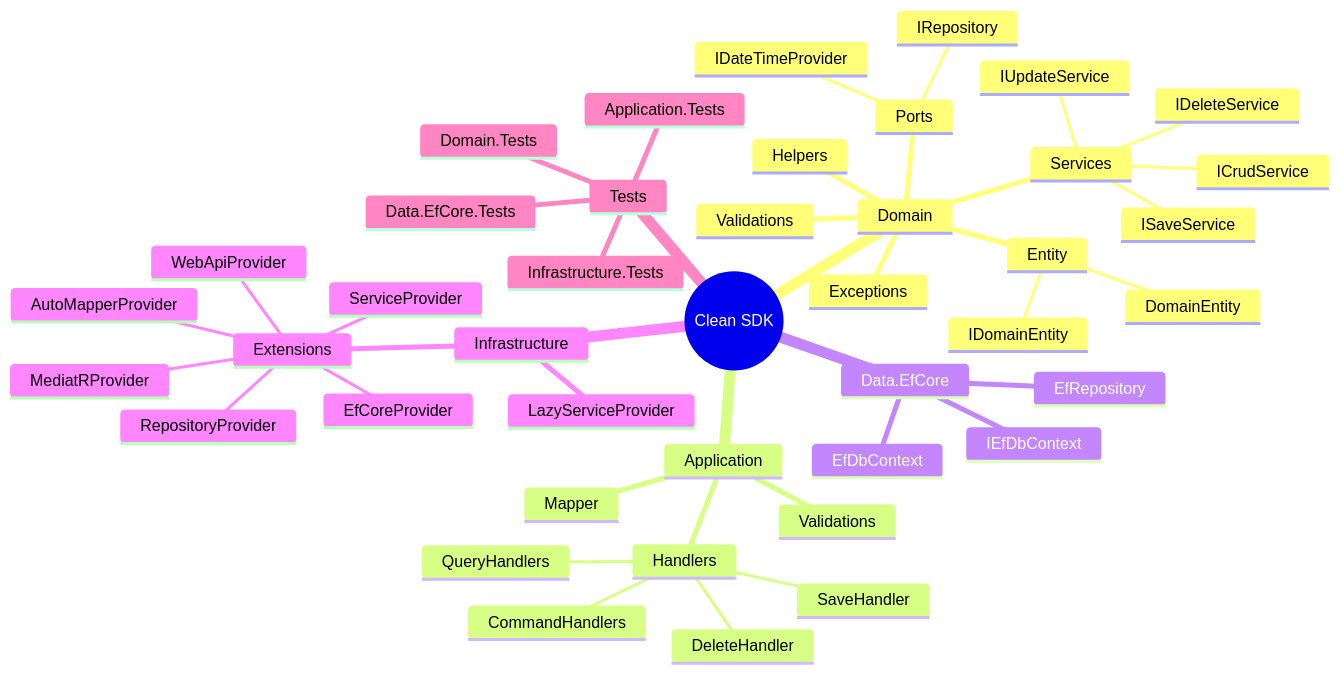
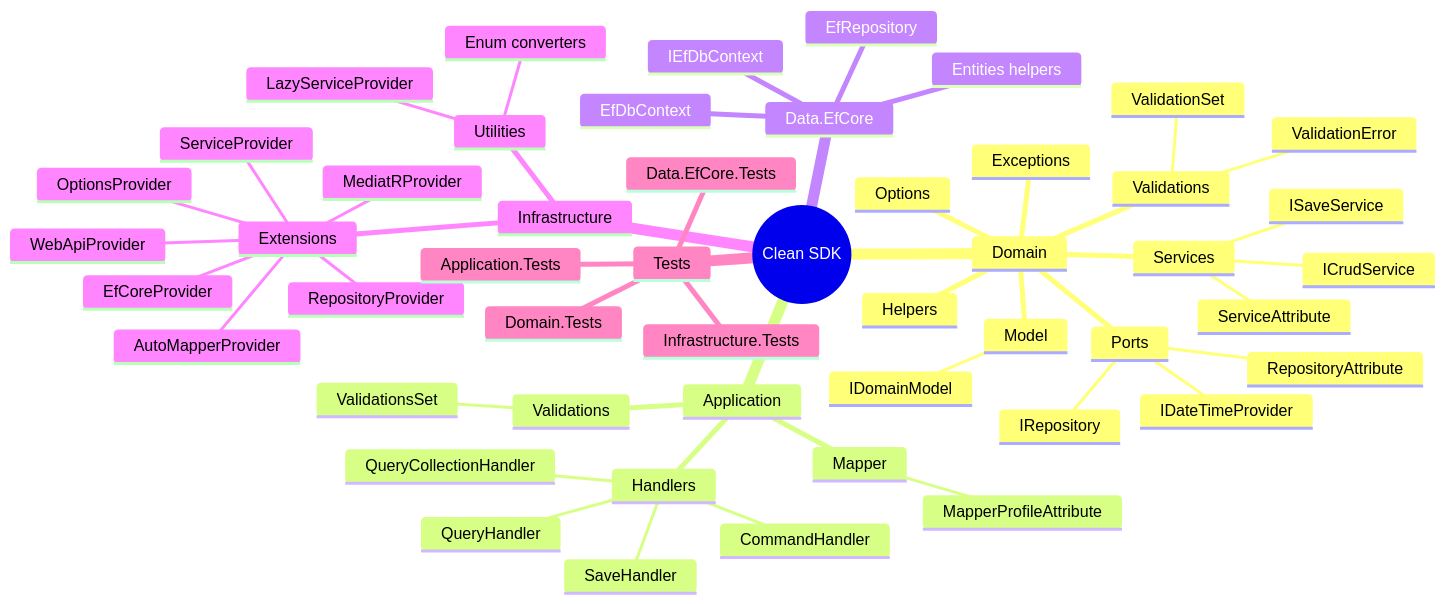
One commit to GbsoDev/Clean.Sdk changed the second of 3 diagrams in architecture/index.md. Above: the diagram before and after it, drawn with Mermaid. The commit also changed other lines of this file and 12 other files, not shown here.

Commit message:
refactor: separate domain entities from models and update architecture docs

````diff
--- a/architecture/index.md
+++ b/architecture/index.md
@@ -188,45 +159,53 @@
 ```mermaid
 mindmap
   root((Clean SDK))
     Domain
-      Entity
-        DomainEntity
-        IDomainEntity
+      Model
+        IDomainModel
       Ports
         IRepository
         IDateTimeProvider
+        RepositoryAttribute
       Services
         ISaveService
-        IDeleteService
-        IUpdateService
         ICrudService
+        ServiceAttribute
+      Validations
+        ValidationSet
+        ValidationError
       Exceptions
-      Validations
       Helpers
+      Options
     Application
       Handlers
+        CommandHandler
+        QueryHandler
         SaveHandler
-        DeleteHandler
-        QueryHandlers
-        CommandHandlers
+        QueryCollectionHandler
       Validations
+        ValidationsSet
       Mapper
+        MapperProfileAttribute
     Data.EfCore
       EfRepository
       EfDbContext
       IEfDbContext
+      Entities helpers
     Infrastructure
       Extensions
         ServiceProvider
+        RepositoryProvider
         MediatRProvider
         AutoMapperProvider
         EfCoreProvider
-        RepositoryProvider
         WebApiProvider
-      LazyServiceProvider
+        OptionsProvider
+      Utilities
+        LazyServiceProvider
+        Enum converters
     Tests
       Domain.Tests
       Application.Tests
       Data.EfCore.Tests
       Infrastructure.Tests
 ```
````
